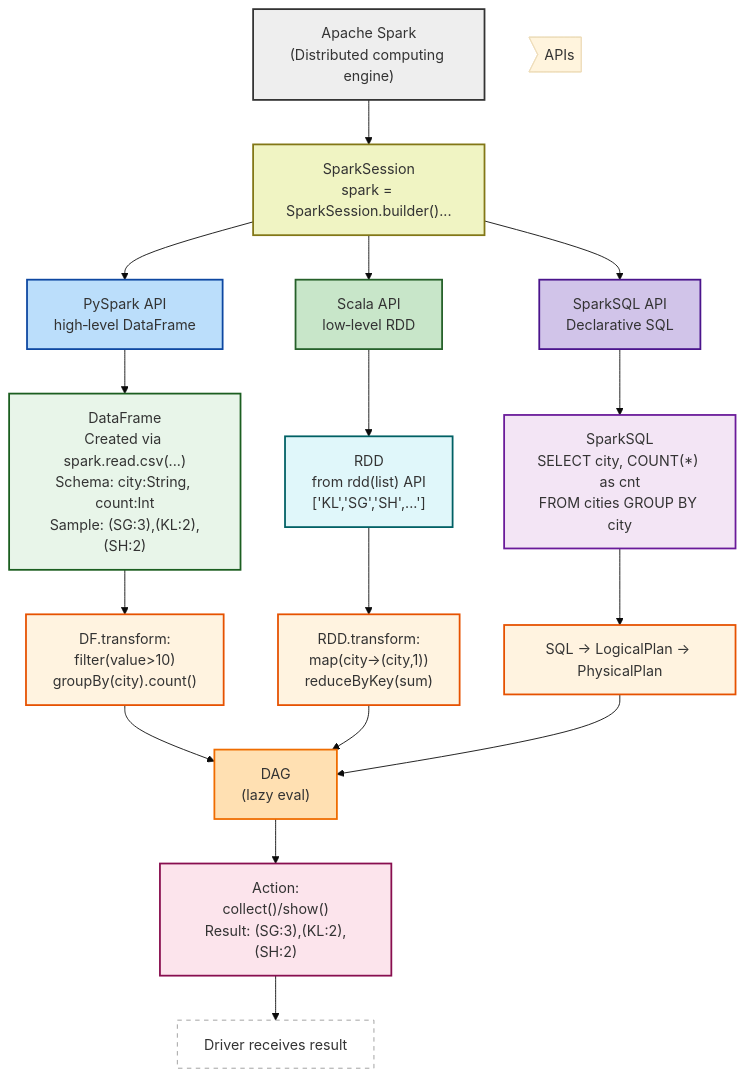
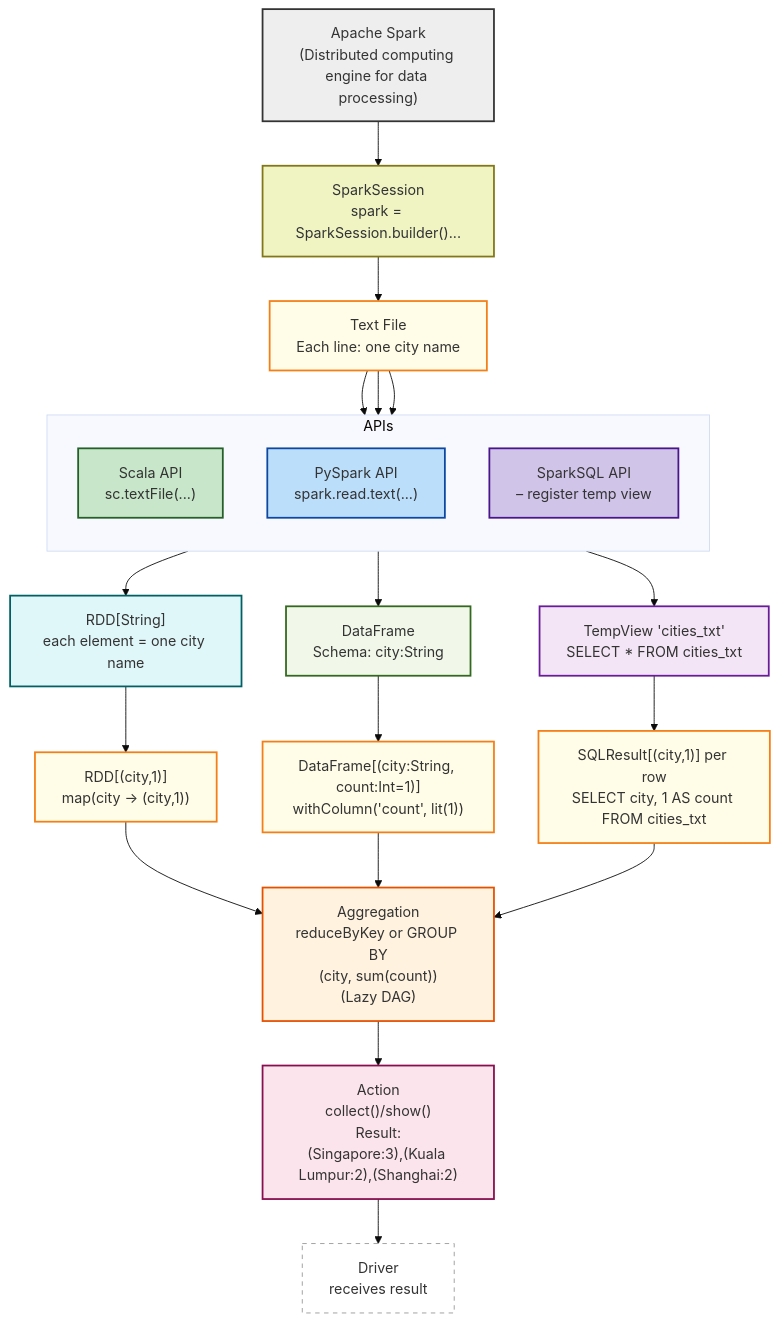
One commit to blaire101/bigdata-tools changed the diagram in Spark-Streaming/README.md. Above: the diagram before and after it, drawn with Mermaid (base theme).

````diff
--- a/Spark-Streaming/README.md
+++ b/Spark-Streaming/README.md
@@ -1,42 +1,48 @@
 ```mermaid
 flowchart TB
-  Spark["Apache Spark<br>(Distributed computing engine)"]
-  Session["SparkSession<br>spark = SparkSession.builder()..."]
-  APIs>APIs]  
-  ScalaAPI["Scala API<br>low‑level RDD"]  
-  PyAPI["PySpark API<br>high‑level DataFrame"]  
-  SQLAPI["SparkSQL API<br>Declarative SQL"]  
+    SPARK["Apache Spark<br>(Distributed computing engine for data processing)"]
+    Session["SparkSession<br>spark = SparkSession.builder()..."]
 
-  Spark --> Session
-  Session --> ScalaAPI
-  Session --> PyAPI
-  Session --> SQLAPI
+    TextFile["Text File<br>Each line: one city name"]
 
-  ScalaAPI --> RDD["RDD<br>from rdd(list) API<br>['KL','SG','SH',...']"]
-  PyAPI --> DF["DataFrame<br>Created via spark.read.csv(...)<br>Schema: city:String, count:Int<br>Sample: (SG:3),(KL:2),(SH:2)"]
-  SQLAPI --> SQL["SparkSQL<br>SELECT city, COUNT(*) as cnt<br>FROM cities GROUP BY city"]
+    subgraph APIs
+      direction TB
+      ScalaAPI["Scala API<br>sc.textFile(...)"]
+      PyAPI["PySpark API<br>spark.read.text(...)"]
+      SQLAPI["SparkSQL API<br>– register temp view"]
+    end
 
-  RDD --> RDDtrans["RDD.transform:<br>map(city→(city,1))<br>reduceByKey(sum)"]
-  DF --> DFtrans["DF.transform:<br>filter(value>10)<br>groupBy(city).count()"]
-  SQL --> SQLplan["SQL → LogicalPlan → PhysicalPlan"]
+    SPARK --> Session
+    Session --> TextFile
+    TextFile --> ScalaAPI
+    TextFile --> PyAPI
+    TextFile --> SQLAPI
 
-  DFtrans & RDDtrans & SQLplan --> DAG["DAG<br>(lazy eval)"]
-  DAG --> Action["Action:<br>collect()/show()<br>Result: (SG:3),(KL:2),(SH:2)"]
-  Action --> Driver["Driver receives result"]
+    ScalaAPI --> RDD1["RDD[String]<br>each element = one city name"]
+    PyAPI   --> DF1["DataFrame<br>Schema: city:String"]
+    SQLAPI  --> TempView["TempView 'cities_txt'<br>SELECT * FROM cities_txt"]
 
-  style Spark fill:#eeeeee,stroke:#333,stroke-width:2px
-  style Session fill:#f0f4c3,stroke:#827717,stroke-width:2px
-  style ScalaAPI fill:#c8e6c9,stroke:#256029,stroke-width:2px
-  style PyAPI fill:#bbdefb,stroke:#0d47a1,stroke-width:2px
-  style SQLAPI fill:#d1c4e9,stroke:#4a148c,stroke-width:2px
-  style DF fill:#e8f5e9,stroke:#1b5e20,stroke-width:2px
-  style RDD fill:#e0f7fa,stroke:#006064,stroke-width:2px
-  style SQL fill:#f3e5f5,stroke:#6a1b9a,stroke-width:2px
-  style DFtrans fill:#fff3e0,stroke:#e65100,stroke-width:2px
-  style RDDtrans fill:#fff3e0,stroke:#e65100,stroke-width:2px
-  style SQLplan fill:#fff3e0,stroke:#e65100,stroke-width:2px
-  style DAG fill:#ffe0b2,stroke:#ef6c00,stroke-width:2px
-  style Action fill:#fce4ec,stroke:#880e4f,stroke-width:2px
-  style Driver fill:#ffffff,stroke:#999,stroke-width:1px,stroke-dasharray:5 5
+    RDD1 --> KV1["RDD[(city,1)]<br>map(city → (city,1))"]
+    DF1  --> KV2["DataFrame[(city:String, count:Int=1)]<br>withColumn('count', lit(1))"]
+    TempView --> SQL1["SQLResult[(city,1)] per row<br>SELECT city, 1 AS count FROM cities_txt"]
 
+    KV1 & KV2 & SQL1 --> Reduce["Aggregation<br>reduceByKey or GROUP BY<br>(city, sum(count))<br>(Lazy DAG)"]
+    Reduce --> Action["Action<br>collect()/show()<br>Result:<br>(Singapore:3),(Kuala Lumpur:2),(Shanghai:2)"]
+    Action --> Driver["Driver<br>receives result"]
+
+    style SPARK    fill:#eeeeee,stroke:#333,stroke-width:2px
+    style Session  fill:#f0f4c3,stroke:#827717,stroke-width:2px
+    style TextFile fill:#fffde7,stroke:#f57f17,stroke-width:2px
+    style ScalaAPI fill:#c8e6c9,stroke:#256029,stroke-width:2px
+    style PyAPI    fill:#bbdefb,stroke:#0d47a1,stroke-width:2px
+    style SQLAPI   fill:#d1c4e9,stroke:#4a148c,stroke-width:2px
+    style RDD1     fill:#e0f7fa,stroke:#006064,stroke-width:2px
+    style DF1      fill:#f1f8e9,stroke:#33691e,stroke-width:2px
+    style TempView fill:#f3e5f5,stroke:#6a1b9a,stroke-width:2px
+    style KV1      fill:#fffde7,stroke:#f57f17,stroke-width:2px
+    style KV2      fill:#fffde7,stroke:#f57f17,stroke-width:2px
+    style SQL1     fill:#fffde7,stroke:#f57f17,stroke-width:2px
+    style Reduce   fill:#fff3e0,stroke:#e65100,stroke-width:2px
+    style Action   fill:#fce4ec,stroke:#880e4f,stroke-width:2px
+    style Driver   fill:#ffffff,stroke:#999,stroke-width:1px,stroke-dasharray:5 5
 ```
````
